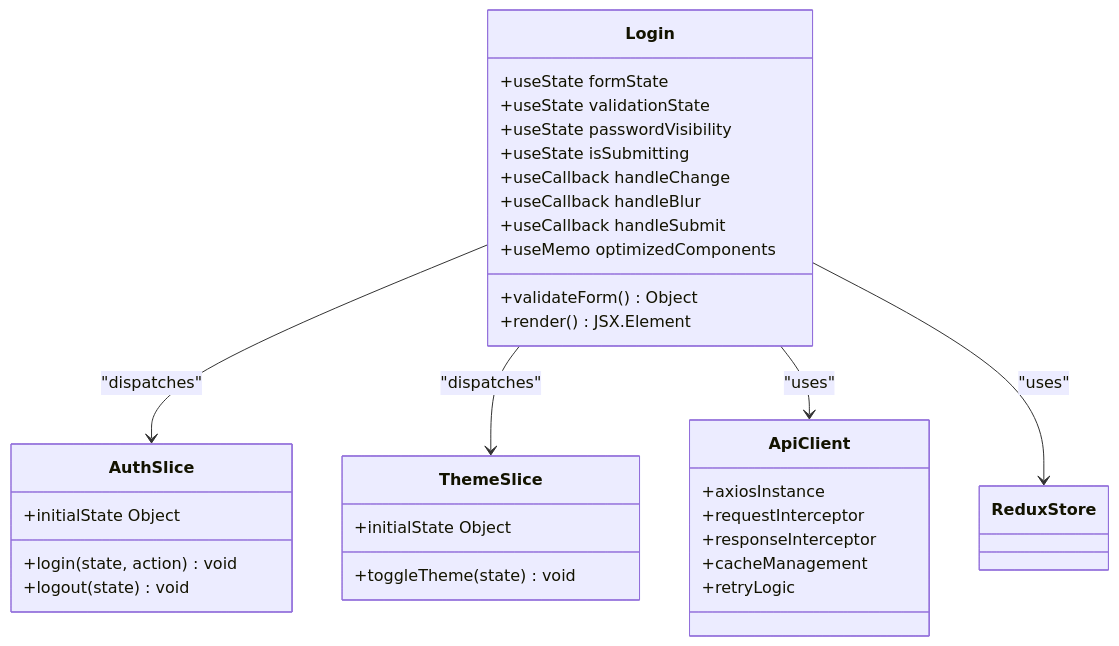
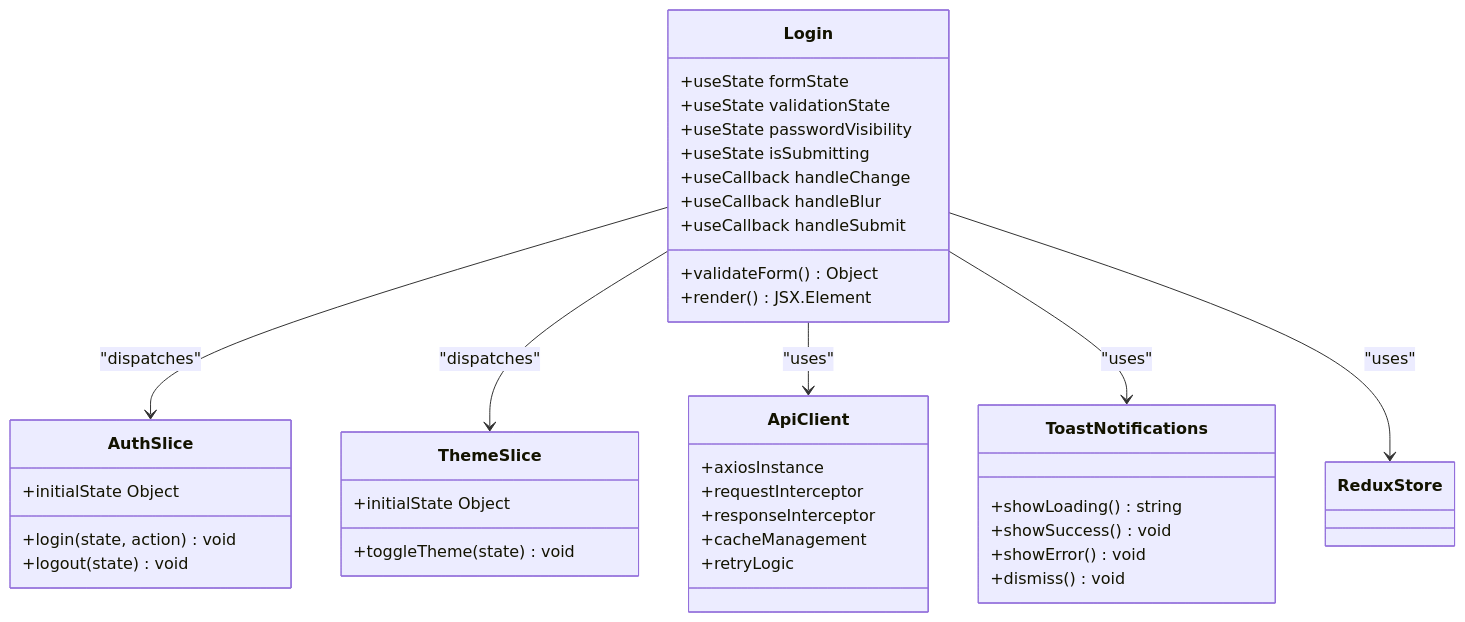
The second of 13 diagrams in .qoder/repowiki/en/content/Authentication & Authorization/Login Page Implementation.md (Aryan9060/Timetable-Project), drawn with Mermaid before and after one commit. The commit also changed other lines of this file and 7 other files, not shown here.

````diff
--- a/.qoder/repowiki/en/content/Authentication & Authorization/Login Page Implementation.md
+++ b/.qoder/repowiki/en/content/Authentication & Authorization/Login Page Implementation.md
@@ -91,35 +91,41 @@
 ```mermaid
 classDiagram
 class Login {
 +useState formState
 +useState validationState
 +useState passwordVisibility
 +useState isSubmitting
 +useCallback handleChange
 +useCallback handleBlur
 +useCallback handleSubmit
-+useMemo optimizedComponents
 +validateForm() Object
 +render() JSX.Element
 }
 class AuthSlice {
 +initialState Object
 +login(state, action) void
 +logout(state) void
 }
 class ThemeSlice {
 +initialState Object
 +toggleTheme(state) void
 }
 class ApiClient {
 +axiosInstance
 +requestInterceptor
 +responseInterceptor
 +cacheManagement
 +retryLogic
 }
+class ToastNotifications {
++showLoading() string
++showSuccess() void
++showError() void
++dismiss() void
+}
 Login --> AuthSlice : "dispatches"
 Login --> ThemeSlice : "dispatches"
 Login --> ApiClient : "uses"
+Login --> ToastNotifications : "uses"
 Login --> ReduxStore : "uses"
 ```
````
